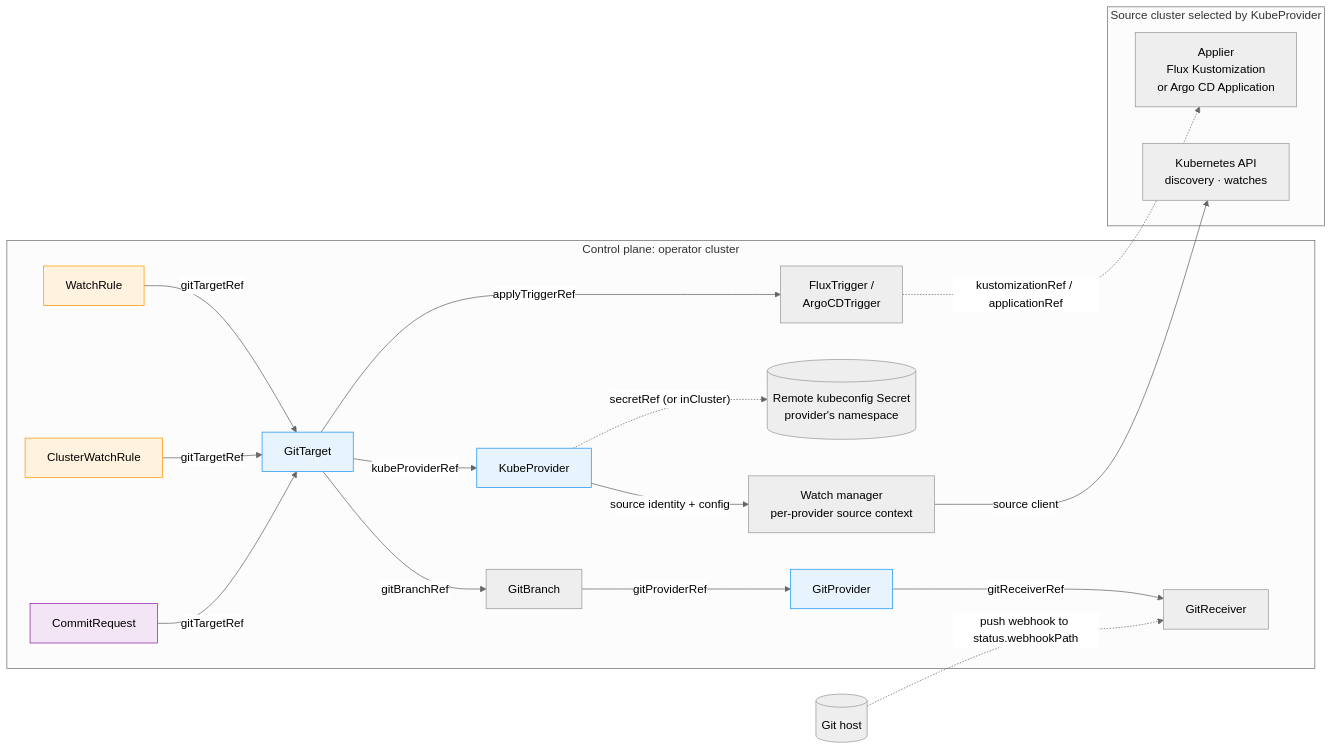
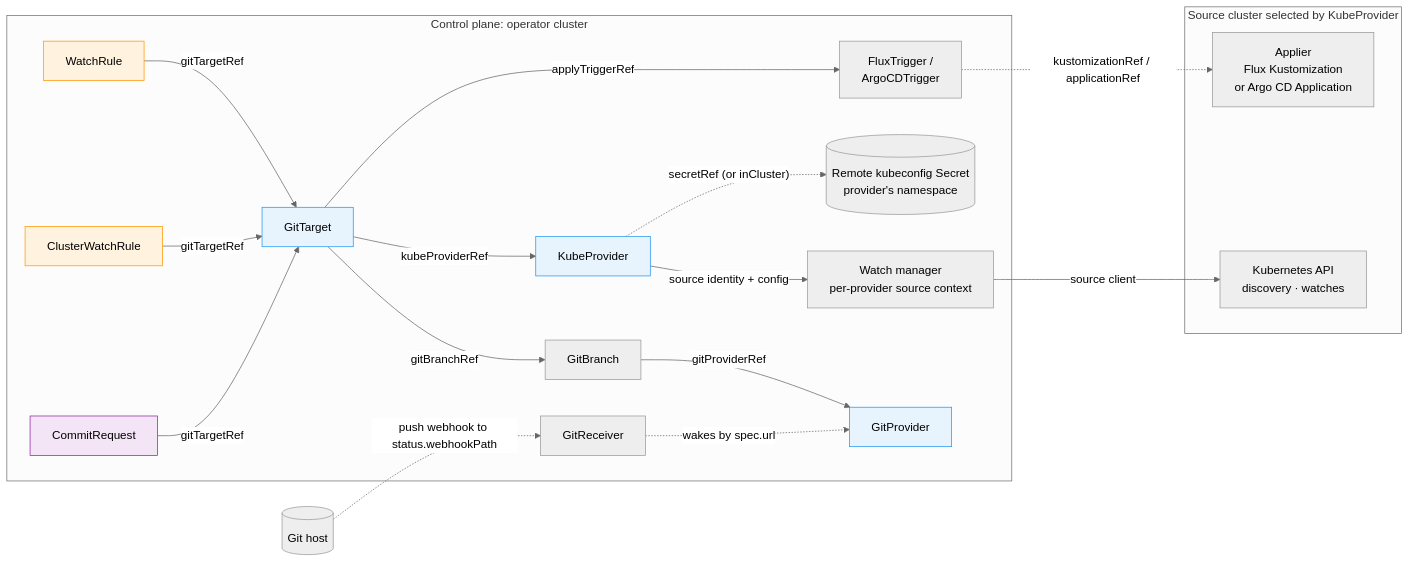
One commit to ConfigButler/gitops-reverser changed the first of 6 diagrams in docs/architecture.md. Above: the diagram before and after it, drawn with Mermaid (neutral theme). The commit also changed other lines of this file and 49 other files, not shown here.

First line of the commit message:
feat!: route GitReceiver deliveries by repository alone

````diff
--- a/docs/architecture.md
+++ b/docs/architecture.md
@@ -287,35 +287,35 @@
 ```mermaid
 graph LR
     subgraph CONTROL["Control plane: operator cluster"]
         WR[WatchRule] -->|gitTargetRef| GT[GitTarget]
         CWR[ClusterWatchRule] -->|gitTargetRef| GT
         CR[CommitRequest] -->|gitTargetRef| GT
         GT -->|applyTriggerRef| TR["FluxTrigger /\nArgoCDTrigger"]
         GT -->|kubeProviderRef| CP[KubeProvider]
         GT -->|gitBranchRef| GB[GitBranch]
         GB -->|gitProviderRef| GP[GitProvider]
-        GP -->|gitReceiverRef| GR[GitReceiver]
+        GR[GitReceiver] -.->|"wakes by spec.url"| GP
         KCFG[("Remote kubeconfig Secret\nprovider's namespace")]
         WM["Watch manager\nper-provider source context"]
     end
 
     subgraph SOURCE["Source cluster selected by KubeProvider"]
         API["Kubernetes API\ndiscovery · watches"]
         APPLIER["Applier\nFlux Kustomization\nor Argo CD Application"]
     end
 
     HOST[("Git host")]
 
     CP -. "secretRef (or inCluster)" .-> KCFG
     CP -->|"source identity + config"| WM
     WM -->|"source client"| API
     TR -. "kustomizationRef / applicationRef" .-> APPLIER
     HOST -. "push webhook to status.webhookPath" .-> GR
 
     style GP fill:#e8f4fd,stroke:#2196f3
     style CP fill:#e8f4fd,stroke:#2196f3
     style GT fill:#e8f4fd,stroke:#2196f3
     style WR fill:#fff3e0,stroke:#ff9800
     style CWR fill:#fff3e0,stroke:#ff9800
     style CR fill:#f3e5f5,stroke:#8e24aa
 ```
````
